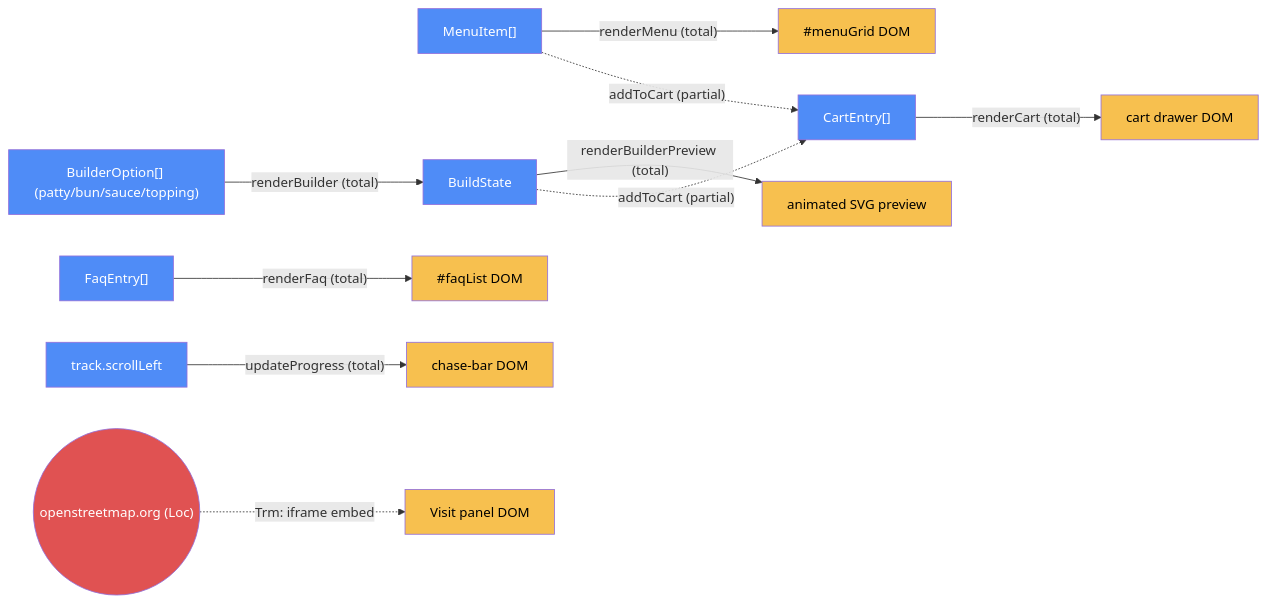
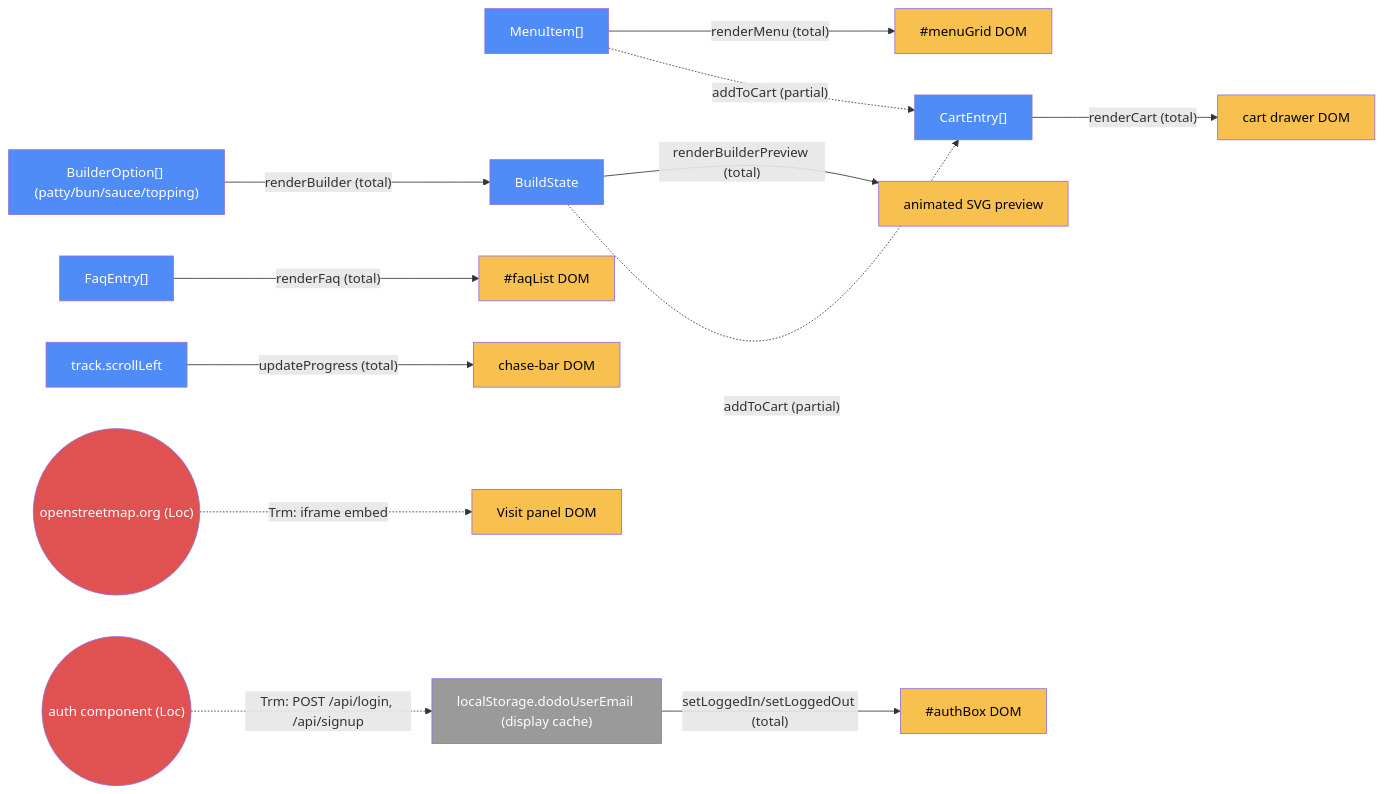
Before and after one commit to ElroyQQ/dodo_burgers_POC: the diagram in dodo-burgers/docs/storefront/ARCHITECTURE.md, drawn with Mermaid. The commit also changed other lines of this file and 13 other files, not shown here.

First line of the commit message:
Reconcile the auth feature (login/signup/D1) into the architecture docs

````diff
--- a/dodo-burgers/docs/storefront/ARCHITECTURE.md
+++ b/dodo-burgers/docs/storefront/ARCHITECTURE.md
@@ -22,40 +24,49 @@
 ```mermaid
 graph LR
     MENU["MenuItem[]"]
     BUILDER["BuilderOption[] (patty/bun/sauce/topping)"]
     FAQ["FaqEntry[]"]
     BUILD["BuildState"]
     CART["CartEntry[]"]
     DOM1["#menuGrid DOM"]
     DOM2["cart drawer DOM"]
     DOM3["#faqList DOM"]
     SVG["animated SVG preview"]
 
     MENU -->|"renderMenu (total)"| DOM1
     BUILDER -->|"renderBuilder (total)"| BUILD
     BUILD -->|"renderBuilderPreview (total)"| SVG
     BUILD -.->|"addToCart (partial)"| CART
     MENU -.->|"addToCart (partial)"| CART
     CART -->|"renderCart (total)"| DOM2
     FAQ -->|"renderFaq (total)"| DOM3
 
     SCROLL["track.scrollLeft"]
     CHASE["chase-bar DOM"]
     OSM(("openstreetmap.org (Loc)"))
     SCROLL -->|"updateProgress (total)"| CHASE
     OSM -.->|"Trm: iframe embed"| DOM4["Visit panel DOM"]
 
+    EMAIL["localStorage.dodoUserEmail (display cache)"]
+    AUTHDOM["#authBox DOM"]
+    AUTHSVC(("auth component (Loc)"))
+    EMAIL -->|"setLoggedIn/setLoggedOut (total)"| AUTHDOM
+    AUTHSVC -.->|"Trm: POST /api/login, /api/signup"| EMAIL
+
     style MENU fill:#4f8cf7,color:#fff
     style BUILDER fill:#4f8cf7,color:#fff
     style FAQ fill:#4f8cf7,color:#fff
     style BUILD fill:#4f8cf7,color:#fff
     style CART fill:#4f8cf7,color:#fff
     style SCROLL fill:#4f8cf7,color:#fff
     style DOM1 fill:#f7c04f,color:#000
     style DOM2 fill:#f7c04f,color:#000
     style DOM3 fill:#f7c04f,color:#000
     style DOM4 fill:#f7c04f,color:#000
     style SVG fill:#f7c04f,color:#000
     style CHASE fill:#f7c04f,color:#000
     style OSM fill:#e05252,color:#fff
+    style EMAIL fill:#9a9a9a,color:#fff
+    style AUTHDOM fill:#f7c04f,color:#000
+    style AUTHSVC fill:#e05252,color:#fff
 ```
````
